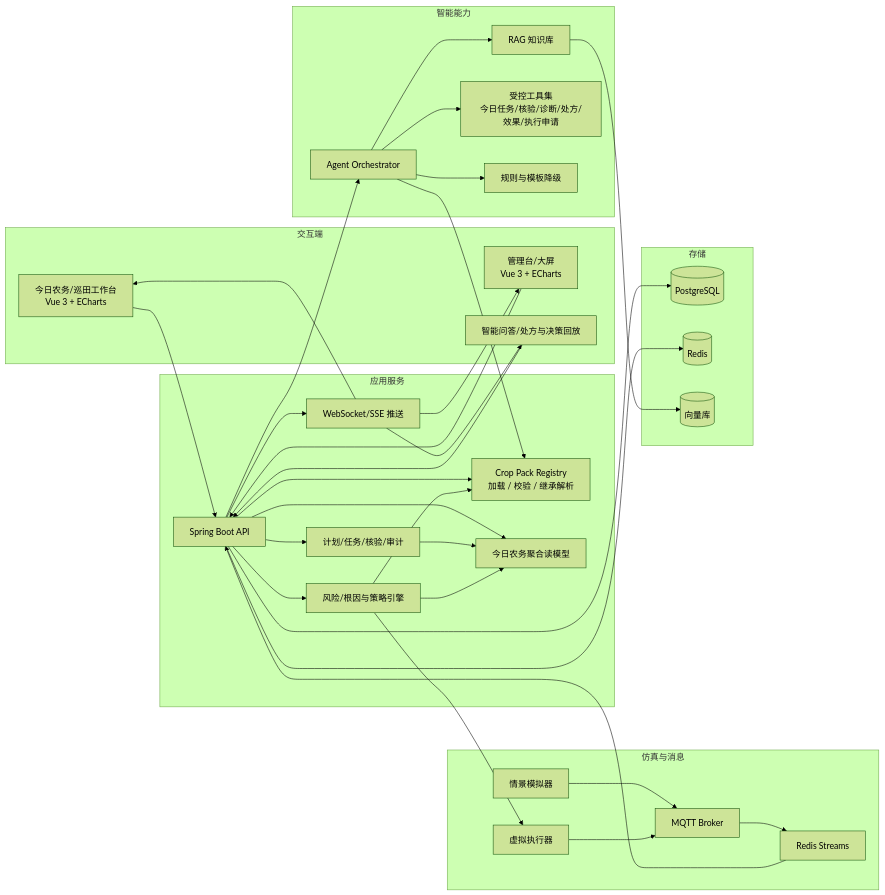
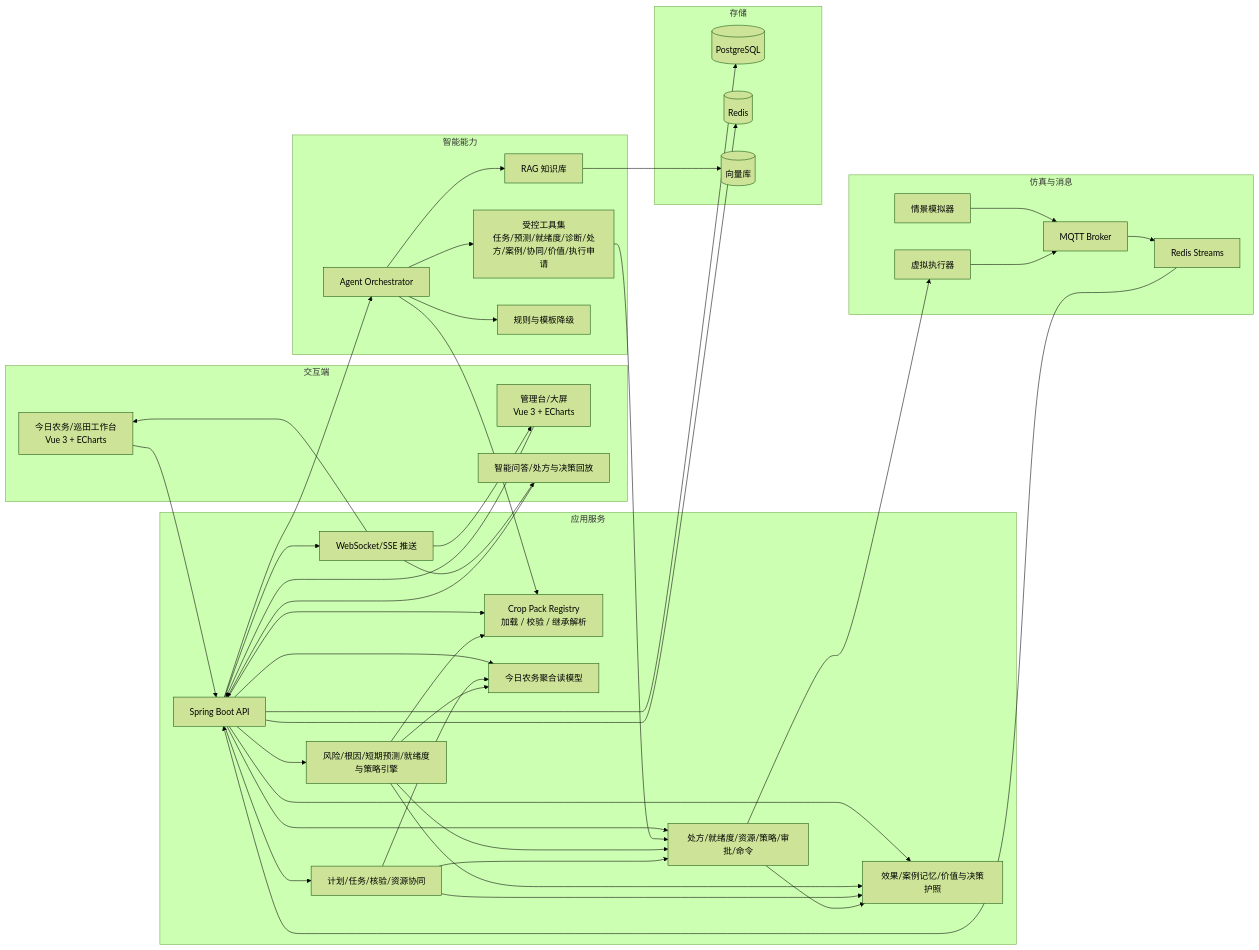
The first of 5 diagrams in 03_智慧农业_技术架构.md (FlowerNeverFade/smart-agriculture), drawn with Mermaid (forest theme) before and after one commit. The commit also changed other lines of this file and 6 other files, not shown here.

````diff
--- a/03_智慧农业_技术架构.md
+++ b/03_智慧农业_技术架构.md
@@ -40,57 +45,67 @@
 ```mermaid
 flowchart LR
     subgraph Client[交互端]
       H5[今日农务/巡田工作台\nVue 3 + ECharts]
       OPS[管理台/大屏\nVue 3 + ECharts]
       CHAT[智能问答/处方与决策回放]
     end
     subgraph App[应用服务]
       API[Spring Boot API]
       CROP[Crop Pack Registry\n加载 / 校验 / 继承解析]
-      RULE[风险/根因与策略引擎]
-      JOB[计划/任务/核验/审计]
+      RULE[风险/根因/短期预测/就绪度与策略引擎]
+      JOB[计划/任务/核验/资源协同]
       READ[今日农务聚合读模型]
+      CMD[处方/就绪度/资源/策略/审批/命令]
+      AUDIT[效果/案例记忆/价值与决策护照]
       PUSH[WebSocket/SSE 推送]
     end
     subgraph AI[智能能力]
       ORCH[Agent Orchestrator]
       RAG[RAG 知识库]
-      TOOLS[受控工具集\n今日任务/核验/诊断/处方/效果/执行申请]
+      TOOLS[受控工具集\n任务/预测/就绪度/诊断/处方/案例/协同/价值/执行申请]
       FALLBACK[规则与模板降级]
     end
     subgraph Sim[仿真与消息]
       RUNNER[情景模拟器]
       MQTT[MQTT Broker]
       STREAM[Redis Streams]
       VDEV[虚拟执行器]
     end
     subgraph Store[存储]
       PG[(PostgreSQL)]
       REDIS[(Redis)]
       VECTOR[(向量库)]
     end
     H5 --> API
     OPS --> API
     CHAT --> API
     API --> CROP
     API --> PUSH
     API --> RULE
     API --> ORCH
     API --> JOB
     API --> READ
+    API --> CMD
+    API --> AUDIT
     JOB --> READ
     RULE --> READ
+    RULE --> AUDIT
+    JOB --> AUDIT
     ORCH --> RAG
     ORCH --> TOOLS
+    TOOLS --> CMD
     ORCH --> FALLBACK
     ORCH --> CROP
     RULE --> CROP
+    RULE --> CMD
+    JOB --> CMD
+    CMD --> AUDIT
     RUNNER --> MQTT --> STREAM --> API
-    RULE --> VDEV --> MQTT
+    CMD --> VDEV --> MQTT
     API --> PG
     API --> REDIS
     RAG --> VECTOR
     PUSH --> H5
     PUSH --> OPS
     PUSH --> CHAT
 ```
````
